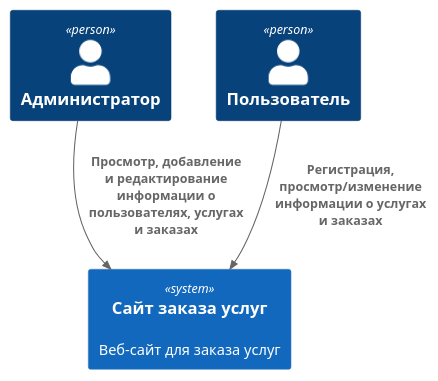
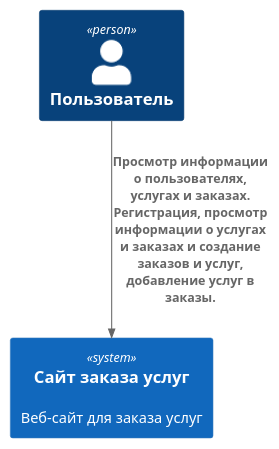
Before and after one commit to KoryakovDmitry/hl_mai_lab_01_python: the diagram in umls/context_solution.iuml, drawn with PlantUML. The commit also changed 1 other file, not shown here.

```diff
--- a/umls/context_solution.iuml
+++ b/umls/context_solution.iuml
@@ -1,12 +1,10 @@
 @startuml
 !include https://raw.githubusercontent.com/plantuml-stdlib/C4-PlantUML/master/C4_Container.puml
 
-Person(admin, "Администратор")
 Person(user, "Пользователь")
 
 System(service_order_site, "Сайт заказа услуг", "Веб-сайт для заказа услуг")
 
-Rel(admin, service_order_site, "Просмотр, добавление и редактирование информации о пользователях, услугах и заказах")
-Rel(user, service_order_site, "Регистрация, просмотр/изменение информации о услугах и заказах")
+Rel(user, service_order_site, "Просмотр информации о пользователях, услугах и заказах. Регистрация, просмотр информации о услугах и заказах и создание заказов и услуг, добавление услуг в заказы.")
 
 @enduml
```
